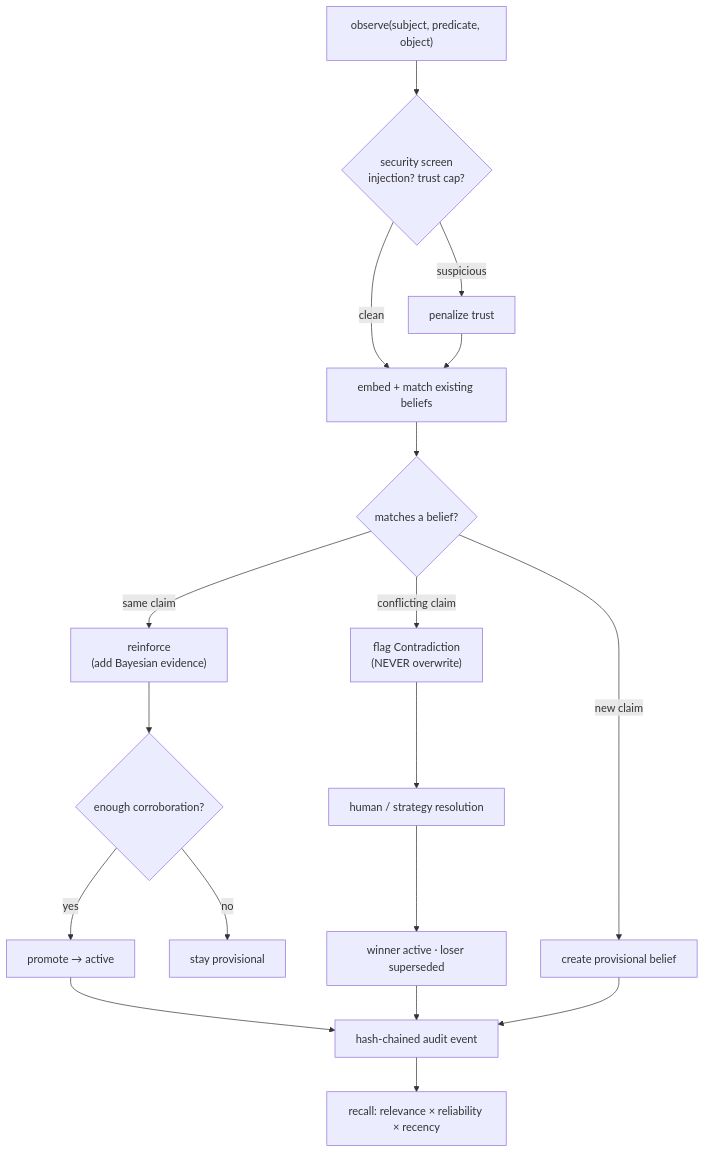
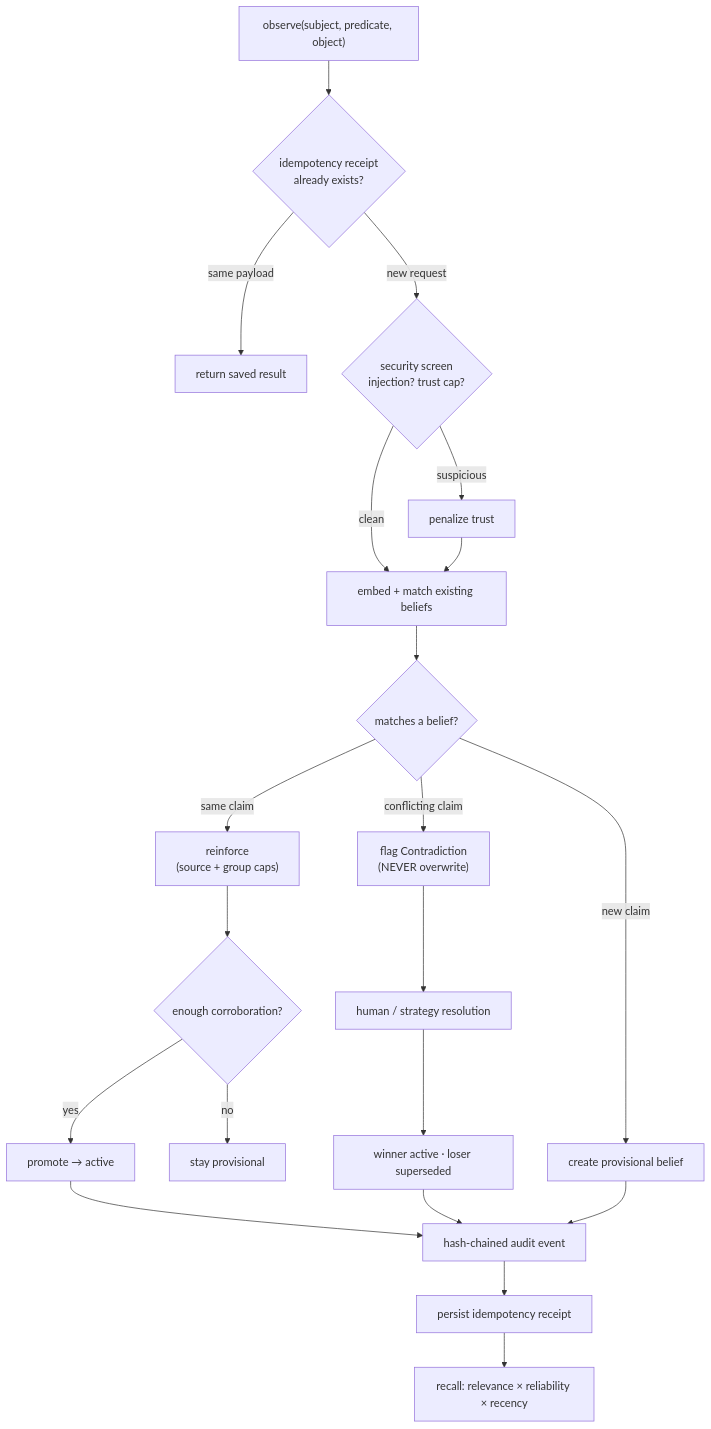
The first of 2 diagrams in README.md (haarikaalla/Anchor), drawn with Mermaid before and after one commit. The commit also changed other lines of this file and 25 other files, not shown here.

````diff
--- a/README.md
+++ b/README.md
@@ -341,20 +425,23 @@
 ```mermaid
 flowchart TD
-    A["observe(subject, predicate, object)"] --> B{"security screen<br/>injection? trust cap?"}
+    A["observe(subject, predicate, object)"] --> Z{"idempotency receipt<br/>already exists?"}
+    Z -->|same payload| R["return saved result"]
+    Z -->|new request| B{"security screen<br/>injection? trust cap?"}
     B -->|clean| C["embed + match existing beliefs"]
     B -->|suspicious| P["penalize trust"]
     P --> C
     C --> D{"matches a belief?"}
-    D -->|"same claim"| E["reinforce<br/>(add Bayesian evidence)"]
+    D -->|"same claim"| E["reinforce<br/>(source + group caps)"]
     D -->|"conflicting claim"| F["flag Contradiction<br/>(NEVER overwrite)"]
     D -->|"new claim"| G["create provisional belief"]
     E --> H{"enough corroboration?"}
     H -->|yes| I["promote → active"]
     H -->|no| J["stay provisional"]
     F --> K["human / strategy resolution"]
     K --> L["winner active · loser superseded"]
     I --> M["hash-chained audit event"]
     G --> M
     L --> M
-    M --> N["recall: relevance × reliability × recency"]
+    M --> O["persist idempotency receipt"]
+    O --> N["recall: relevance × reliability × recency"]
 ```
````
